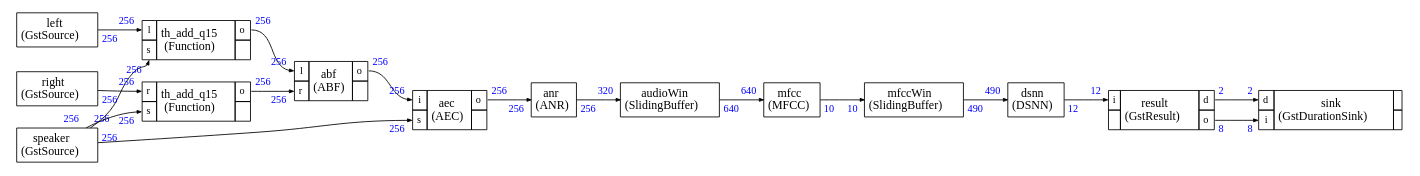
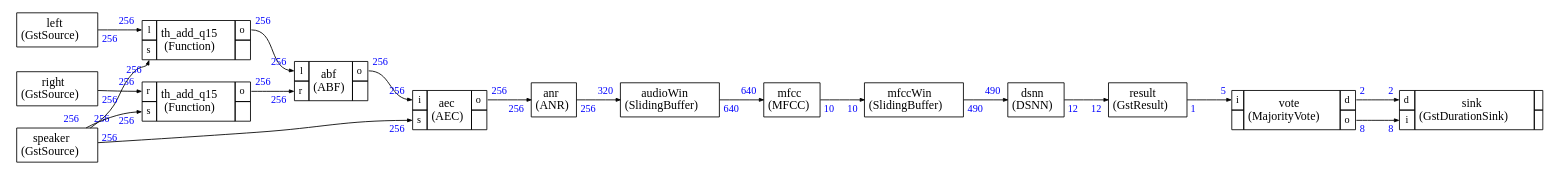
Before and after one commit to christophe0606/audiomark: the diagram in src/cmsis_stream/pre_schedule_audiomark.dot, drawn with Graphviz. The commit also changed 7 other files, not shown here.

Commit message:
Added majority vote node

```diff
--- a/src/cmsis_stream/pre_schedule_audiomark.dot
+++ b/src/cmsis_stream/pre_schedule_audiomark.dot
@@ -130,12 +130,19 @@
   </TR>
 </TABLE>>];
 
-
 result [label=<
 <TABLE color="black" bgcolor="none" BORDER="0" CELLBORDER="1" CELLSPACING="0" CELLPADDING="4">
   <TR>
+    <TD ALIGN="CENTER" PORT="i"><FONT COLOR="black" POINT-SIZE="14.0">result<BR/>(GstResult)</FONT></TD>
+  </TR>
+</TABLE>>];
+
+
+vote [label=<
+<TABLE color="black" bgcolor="none" BORDER="0" CELLBORDER="1" CELLSPACING="0" CELLPADDING="4">
+  <TR>
     <TD PORT="i"><FONT POINT-SIZE="12.0" COLOR="black">i</FONT></TD>
-    <TD ALIGN="CENTER" ROWSPAN="2"><FONT COLOR="black" POINT-SIZE="14.0">result<BR/>(GstResult)</FONT></TD>
+    <TD ALIGN="CENTER" ROWSPAN="2"><FONT COLOR="black" POINT-SIZE="14.0">vote<BR/>(MajorityVote)</FONT></TD>
     <TD PORT="d"><FONT POINT-SIZE="12.0" COLOR="black">d</FONT></TD>
   </TR>
 <TR>
@@ -248,13 +255,19 @@
 ,taillabel=<<TABLE BORDER="0" CELLPADDING="2"><TR><TD><FONT COLOR="blue" POINT-SIZE="12.0" >12</FONT>
 </TD></TR></TABLE>>]
 
-result:o -> sink:i [style="solid",color="black",label=""
+result:i -> vote:i [style="solid",color="black",label=""
+,headlabel=<<TABLE BORDER="0" CELLPADDING="2"><TR><TD><FONT COLOR="blue" POINT-SIZE="12.0" >5</FONT>
+</TD></TR></TABLE>>
+,taillabel=<<TABLE BORDER="0" CELLPADDING="2"><TR><TD><FONT COLOR="blue" POINT-SIZE="12.0" >1</FONT>
+</TD></TR></TABLE>>]
+
+vote:o -> sink:i [style="solid",color="black",label=""
 ,headlabel=<<TABLE BORDER="0" CELLPADDING="2"><TR><TD><FONT COLOR="blue" POINT-SIZE="12.0" >8</FONT>
 </TD></TR></TABLE>>
 ,taillabel=<<TABLE BORDER="0" CELLPADDING="2"><TR><TD><FONT COLOR="blue" POINT-SIZE="12.0" >8</FONT>
 </TD></TR></TABLE>>]
 
-result:d -> sink:d [style="solid",color="black",label=""
+vote:d -> sink:d [style="solid",color="black",label=""
 ,headlabel=<<TABLE BORDER="0" CELLPADDING="2"><TR><TD><FONT COLOR="blue" POINT-SIZE="12.0" >2</FONT>
 </TD></TR></TABLE>>
 ,taillabel=<<TABLE BORDER="0" CELLPADDING="2"><TR><TD><FONT COLOR="blue" POINT-SIZE="12.0" >2</FONT>
```
